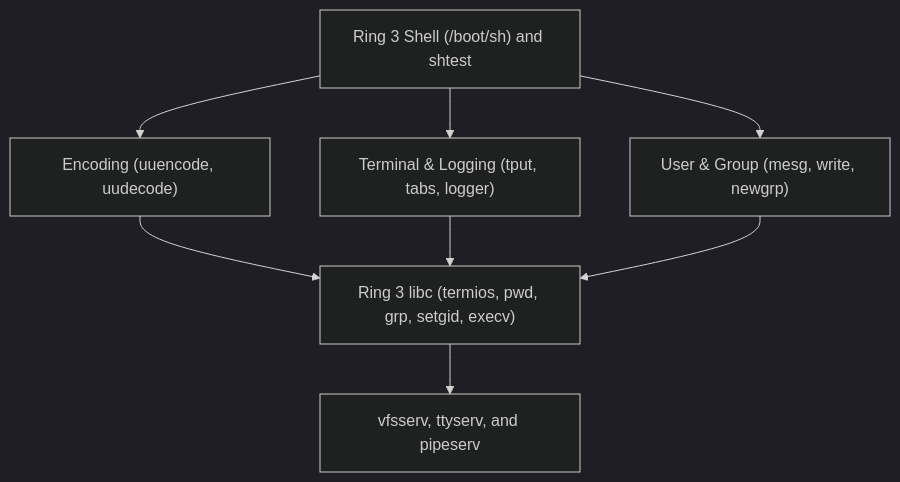
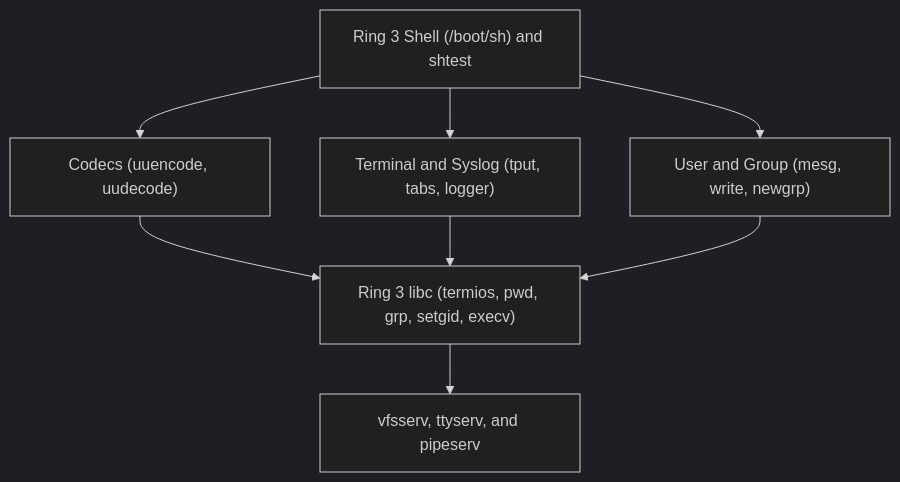
One commit to Deniz-Eren/microkernel changed the diagram in docs/30-architecture/adr/ADR_0050.md. Above: the diagram before and after it, drawn with Mermaid (dark theme). The commit also changed other lines of this file and 151 other files, not shown here.

````diff
--- a/docs/30-architecture/adr/ADR_0050.md
+++ b/docs/30-architecture/adr/ADR_0050.md
@@ -21,17 +21,17 @@
 ```mermaid
 flowchart TD
     SH["Ring 3 Shell (/boot/sh) and shtest"]
-    ENC["Encoding (uuencode, uudecode)"]
-    TERM["Terminal & Logging (tput, tabs, logger)"]
-    USER["User & Group (mesg, write, newgrp)"]
+    ENC["Codecs (uuencode, uudecode)"]
+    TERM["Terminal and Syslog (tput, tabs, logger)"]
+    USER["User and Group (mesg, write, newgrp)"]
     LIB["Ring 3 libc (termios, pwd, grp, setgid, execv)"]
     SRV["vfsserv, ttyserv, and pipeserv"]
 
     SH --> ENC
     SH --> TERM
     SH --> USER
     ENC --> LIB
     TERM --> LIB
     USER --> LIB
     LIB --> SRV
 ```
````
